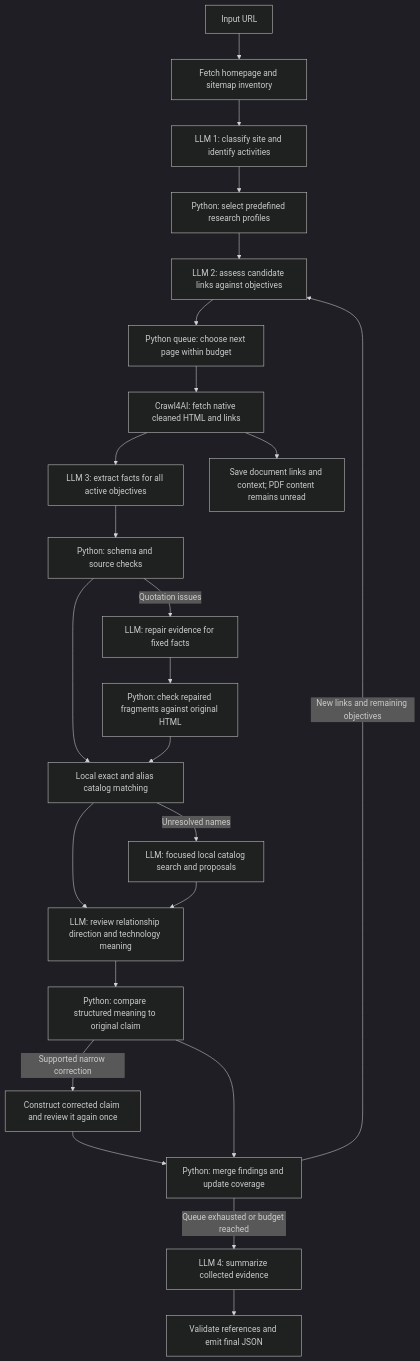
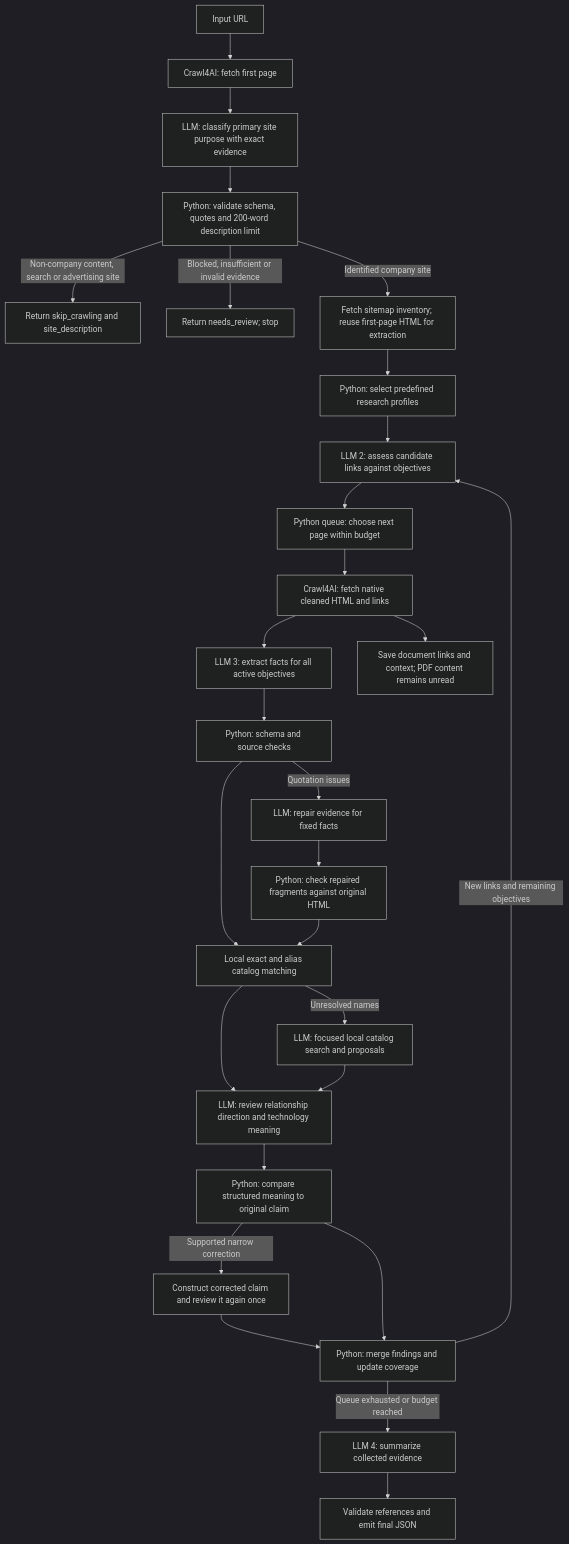
Before and after one commit to pulsarpoint/companycollect: the diagram in codex-sd-examples/company_research/SITE_PROFILE_FLOW.md, drawn with Mermaid (dark theme). The commit also changed other lines of this file and 13 other files, not shown here.

Commit message:
feat(company-research): gate crawling on first-page company eligibility

````diff
--- a/codex-sd-examples/company_research/SITE_PROFILE_FLOW.md
+++ b/codex-sd-examples/company_research/SITE_PROFILE_FLOW.md
@@ -11,26 +11,30 @@
 ```mermaid
 flowchart TD
-    A[Input URL] --> B[Fetch homepage and sitemap inventory]
-    B --> C[LLM 1: classify site and identify activities]
-    C --> D[Python: select predefined research profiles]
+    A[Input URL] --> B[Crawl4AI: fetch first page]
+    B --> C[LLM: classify primary site purpose with exact evidence]
+    C --> C1[Python: validate schema, quotes and 200-word description limit]
+    C1 -->|Non-company content, search or advertising site| S[Return skip_crawling and site_description]
+    C1 -->|Blocked, insufficient or invalid evidence| U[Return needs_review; stop]
+    C1 -->|Identified company site| SI[Fetch sitemap inventory; reuse first-page HTML for extraction]
+    SI --> D[Python: select predefined research profiles]
     D --> E[LLM 2: assess candidate links against objectives]
     E --> F[Python queue: choose next page within budget]
     F --> G[Crawl4AI: fetch native cleaned HTML and links]
     G --> H[LLM 3: extract facts for all active objectives]
     H --> V[Python: schema and source checks]
     V -->|Quotation issues| R[LLM: repair evidence for fixed facts]
     R --> V2[Python: check repaired fragments against original HTML]
     V --> T[Local exact and alias catalog matching]
     V2 --> T
     T -->|Unresolved names| L[LLM: focused local catalog search and proposals]
     T --> Q[LLM: review relationship direction and technology meaning]
     L --> Q
     Q --> W[Python: compare structured meaning to original claim]
     W -->|Supported narrow correction| C2[Construct corrected claim and review it again once]
     C2 --> I[Python: merge findings and update coverage]
     W --> I
     G --> P[Save document links and context; PDF content remains unread]
     I -->|New links and remaining objectives| E
     I -->|Queue exhausted or budget reached| J[LLM 4: summarize collected evidence]
     J --> K[Validate references and emit final JSON]
 ```
````
